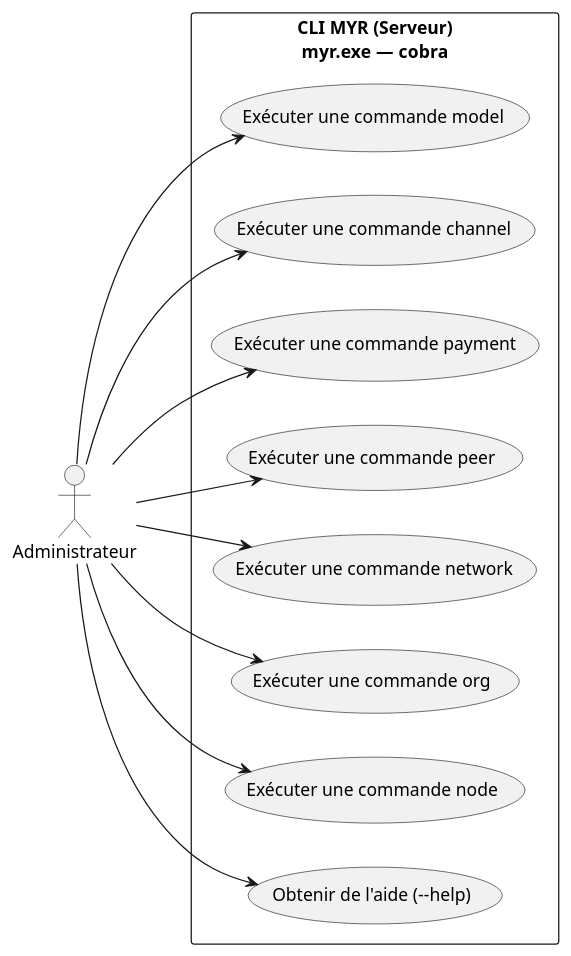
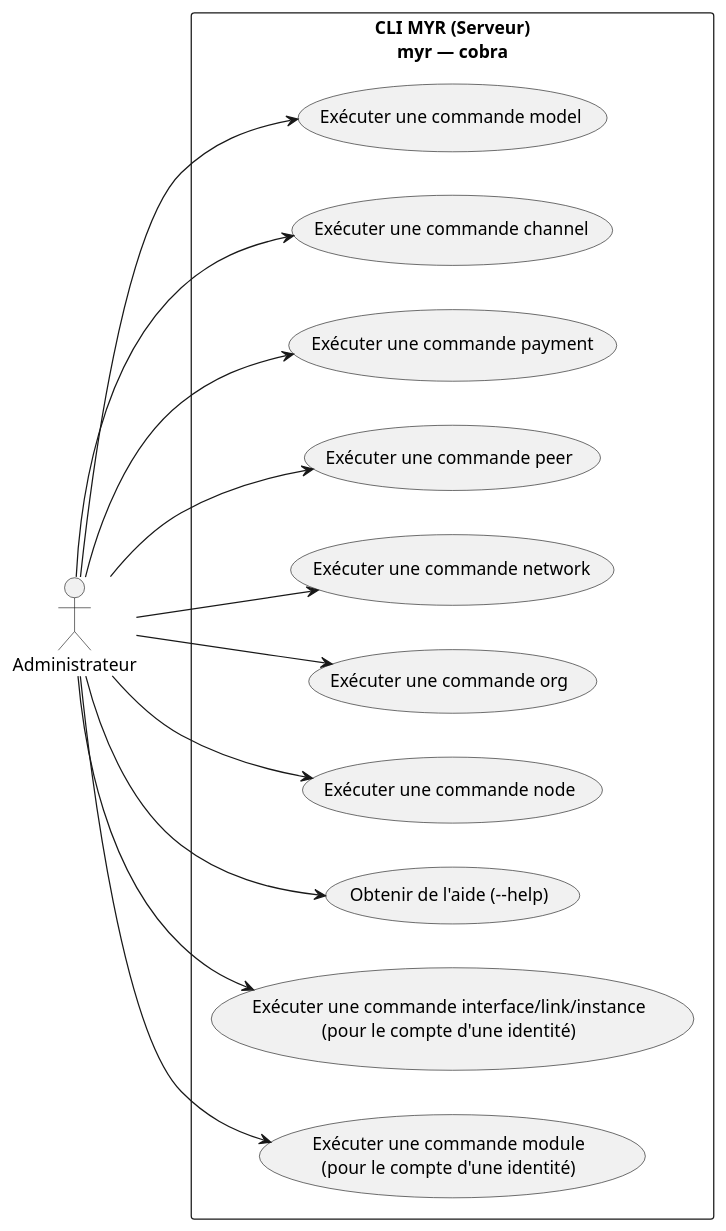
One commit to olivaux/myr changed the first of 2 diagrams in specs/2-Analyse/UCDEV-Developpement/UCDEV02.md. Above: the diagram before and after it, drawn with PlantUML. The commit also changed other lines of this file and 72 other files, not shown here.

````diff
--- a/specs/2-Analyse/UCDEV-Developpement/UCDEV02.md
+++ b/specs/2-Analyse/UCDEV-Developpement/UCDEV02.md
@@ -14,28 +14,32 @@
 ```plantuml
 @startuml
 left to right direction
 
 actor "Administrateur" as ADM
 
-rectangle "CLI MYR (Serveur)\nmyr.exe — cobra" {
+rectangle "CLI MYR (Serveur)\nmyr — cobra" {
     usecase "Exécuter une commande model" as UC1
     usecase "Exécuter une commande channel" as UC2
     usecase "Exécuter une commande payment" as UC3
     usecase "Exécuter une commande peer" as UC4
     usecase "Exécuter une commande network" as UC6
     usecase "Exécuter une commande org" as UC7
     usecase "Exécuter une commande node" as UC8
     usecase "Obtenir de l'aide (--help)" as UC5
+    usecase "Exécuter une commande interface/link/instance\n(pour le compte d'une identité)" as UC9
+    usecase "Exécuter une commande module\n(pour le compte d'une identité)" as UC10
 }
 
 ADM --> UC1
 ADM --> UC2
 ADM --> UC3
 ADM --> UC4
 ADM --> UC5
 ADM --> UC6
 ADM --> UC7
 ADM --> UC8
+ADM --> UC9
+ADM --> UC10
 
 @enduml
 ```
````
